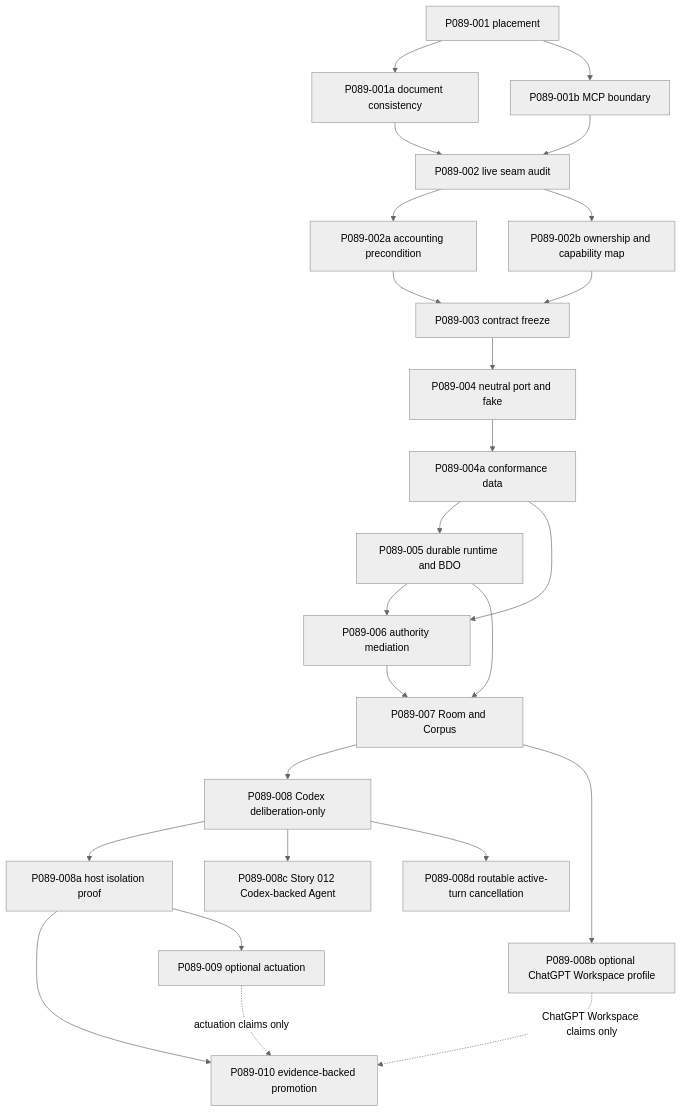
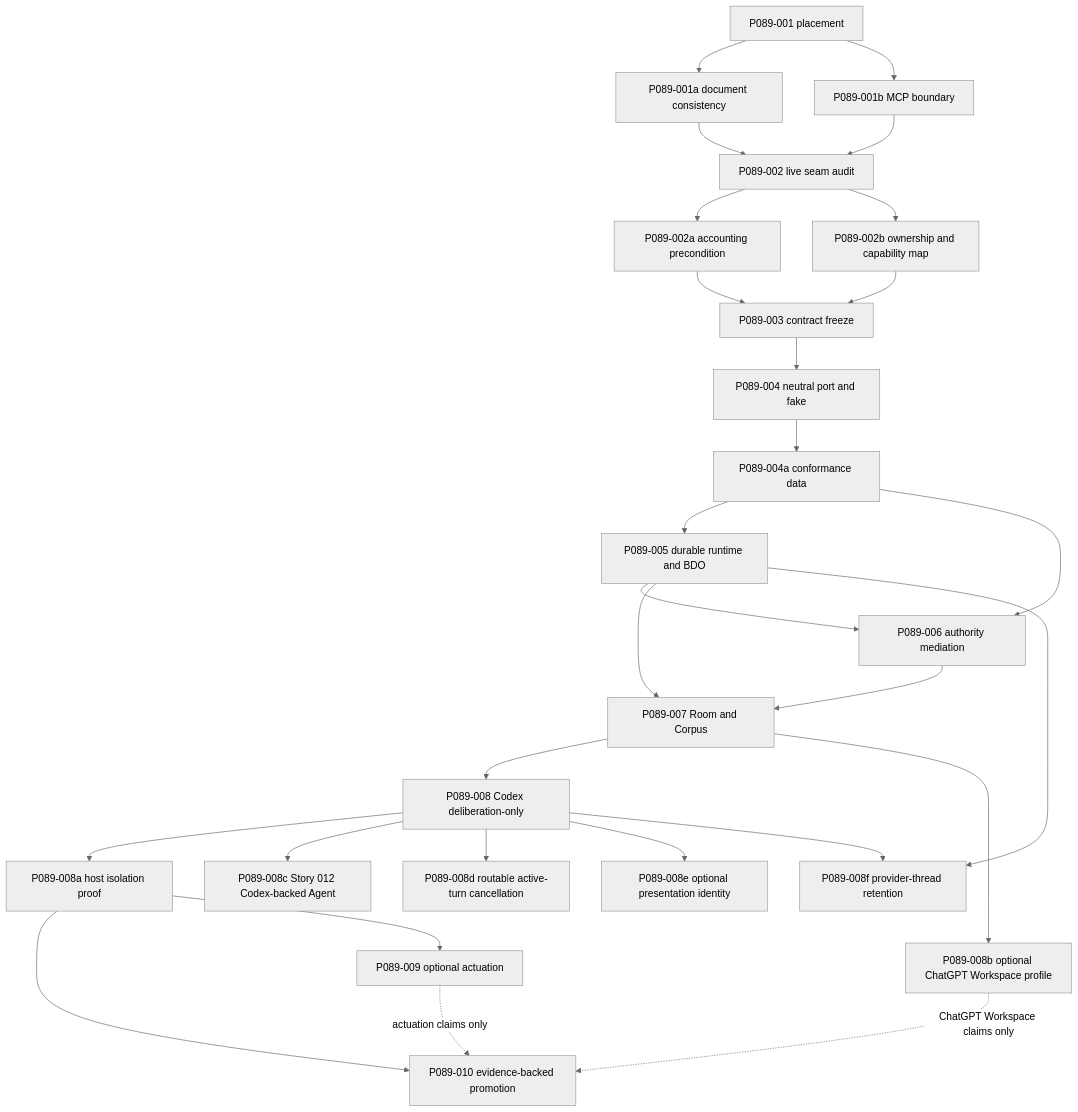
The second of 2 diagrams in doc/project/40-proposals/089-external-agent-runtime-adapter-contract.md (diapod/orbidocs), drawn with Mermaid (neutral theme) before and after one commit. The commit also changed other lines of this file and 2 other files, not shown here.

First line of the commit message:
Specified Codex thread lifecycle and federation evidence policy

````diff
--- a/doc/project/40-proposals/089-external-agent-runtime-adapter-contract.md
+++ b/doc/project/40-proposals/089-external-agent-runtime-adapter-contract.md
@@ -741,27 +743,30 @@
 ```mermaid
 graph TD
     P001[P089-001 placement] --> P001A[P089-001a document consistency]
     P001 --> P001B[P089-001b MCP boundary]
     P001A --> P002[P089-002 live seam audit]
     P001B --> P002
     P002 --> P002A[P089-002a accounting precondition]
     P002 --> P002B[P089-002b ownership and capability map]
     P002A --> P003[P089-003 contract freeze]
     P002B --> P003
     P003 --> P004[P089-004 neutral port and fake]
     P004 --> P004A[P089-004a conformance data]
     P004A --> P005[P089-005 durable runtime and BDO]
     P004A --> P006[P089-006 authority mediation]
     P005 --> P006
     P005 --> P007[P089-007 Room and Corpus]
     P006 --> P007
     P007 --> P008[P089-008 Codex deliberation-only]
     P007 --> P008B[P089-008b optional ChatGPT Workspace profile]
     P008 --> P008A[P089-008a host isolation proof]
     P008 --> P008C[P089-008c Story 012 Codex-backed Agent]
     P008 --> P008D[P089-008d routable active-turn cancellation]
+    P008 --> P008E[P089-008e optional presentation identity]
+    P005 --> P008F[P089-008f provider-thread retention]
+    P008 --> P008F
     P008A --> P010[P089-010 evidence-backed promotion]
     P008B -. ChatGPT Workspace claims only .-> P010
     P008A --> P009[P089-009 optional actuation]
     P009 -. actuation claims only .-> P010
 ```
````
